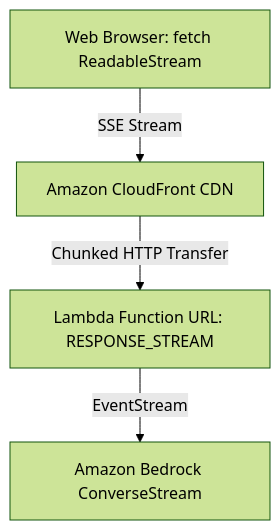
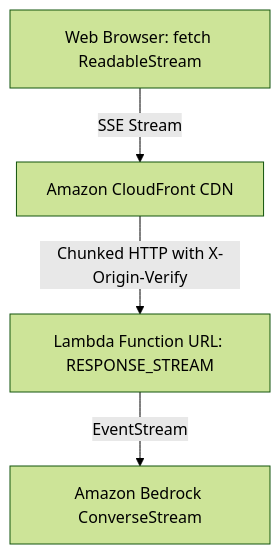
Before and after one commit to sharma-the-karma/serverless-bedrock-token-streaming: the diagram in blog/serverless-bedrock-token-streaming.md, drawn with Mermaid (forest theme). The commit also changed other lines of this file and 6 other files, not shown here.

````diff
--- a/blog/serverless-bedrock-token-streaming.md
+++ b/blog/serverless-bedrock-token-streaming.md
@@ -30,6 +30,6 @@
 ```mermaid
 flowchart TD
     Client[Web Browser: fetch ReadableStream] -->|SSE Stream| CF[Amazon CloudFront CDN]
-    CF -->|Chunked HTTP Transfer| FURL[Lambda Function URL: RESPONSE_STREAM]
+    CF -->|Chunked HTTP with X-Origin-Verify| FURL[Lambda Function URL: RESPONSE_STREAM]
     FURL -->|EventStream| Bedrock[Amazon Bedrock ConverseStream]
 ```
````
